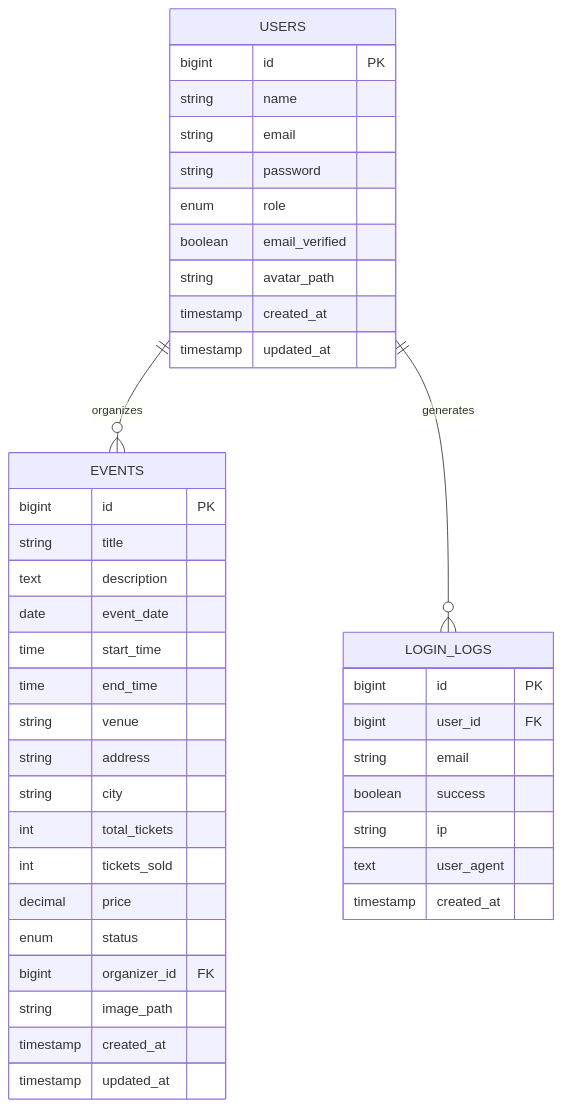
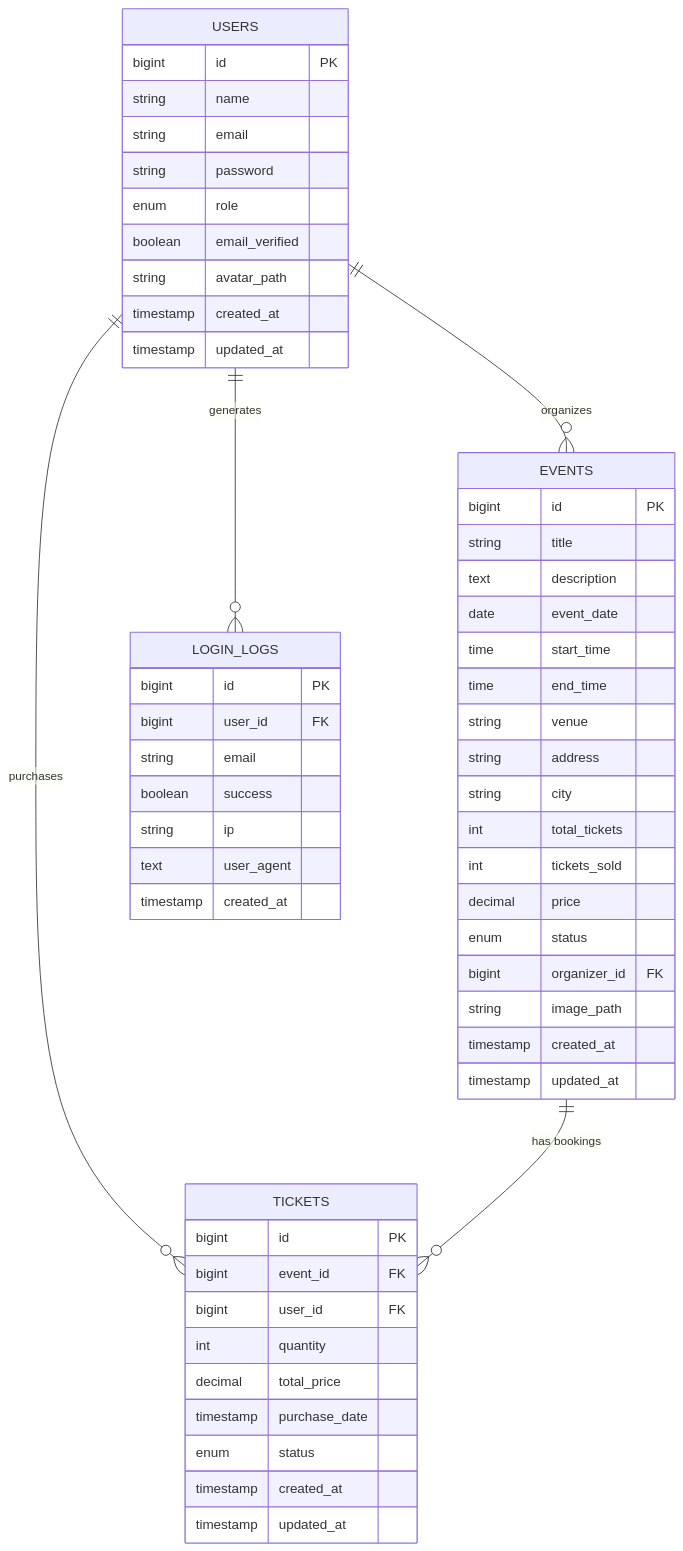
The tenth of 10 diagrams in README.md (Event-Management-Ticketing-System-EMTS/Event-Management-Ticketing-System), drawn with Mermaid before and after one commit. The commit also changed other lines of this file and 1 other file, not shown here.

````diff
--- a/README.md
+++ b/README.md
@@ -539,47 +738,61 @@
 ```mermaid
 erDiagram
     USERS {
         bigint id PK
         string name
         string email
         string password
         enum role
         boolean email_verified
         string avatar_path
         timestamp created_at
         timestamp updated_at
     }
     
     EVENTS {
         bigint id PK
         string title
         text description
         date event_date
         time start_time
         time end_time
         string venue
         string address
         string city
         int total_tickets
         int tickets_sold
         decimal price
         enum status
         bigint organizer_id FK
         string image_path
         timestamp created_at
         timestamp updated_at
     }
     
+    TICKETS {
+        bigint id PK
+        bigint event_id FK
+        bigint user_id FK
+        int quantity
+        decimal total_price
+        timestamp purchase_date
+        enum status
+        timestamp created_at
+        timestamp updated_at
+    }
+    
     LOGIN_LOGS {
         bigint id PK
         bigint user_id FK
         string email
         boolean success
         string ip
         text user_agent
         timestamp created_at
     }
     
     USERS ||--o{ EVENTS : organizes
     USERS ||--o{ LOGIN_LOGS : generates
+    USERS ||--o{ TICKETS : purchases
+    EVENTS ||--o{ TICKETS : "has bookings"
 ```
````
